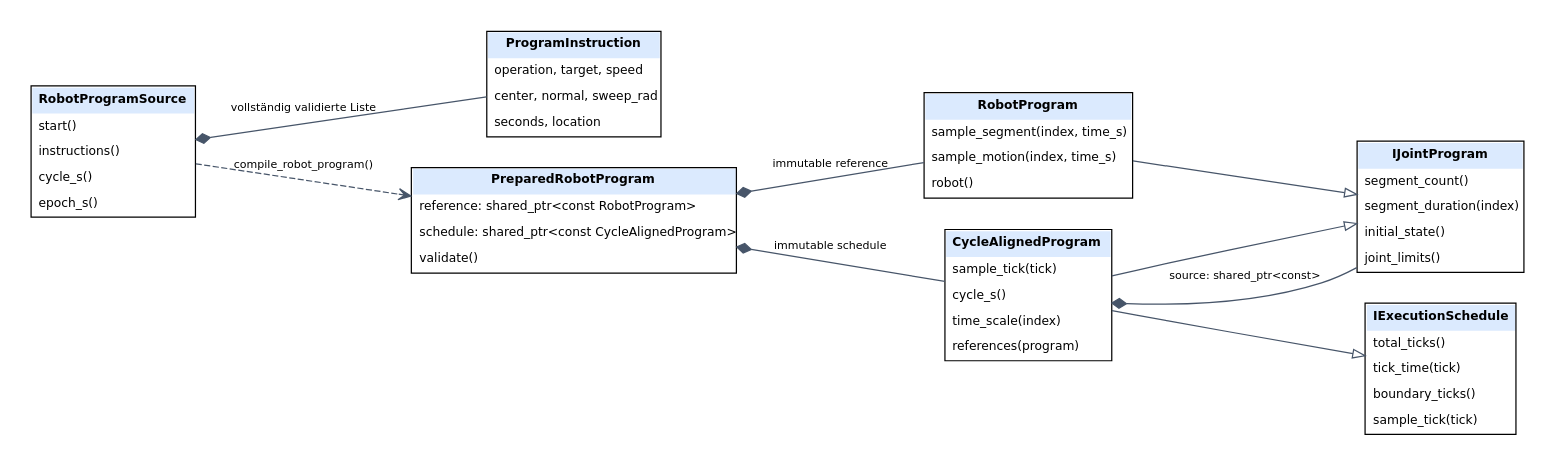
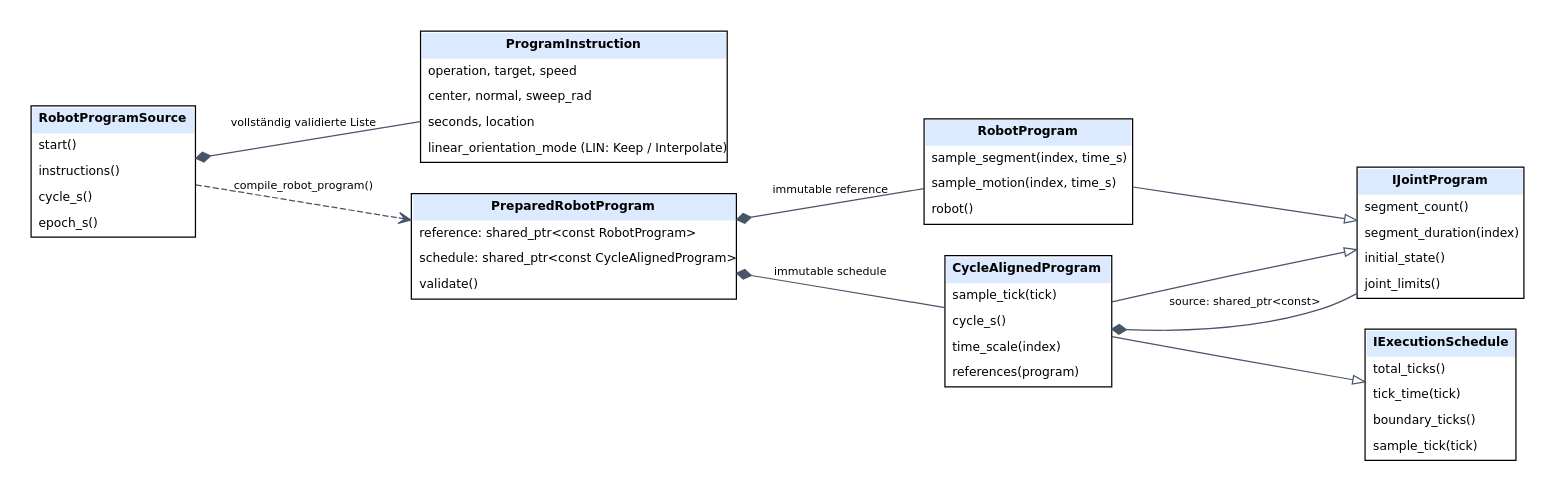
Before and after one commit to cpr-jar/Robotmotionplanning: the diagram in docs/architecture/diagrams/program.dot, drawn with Graphviz. The commit also changed 42 other files, not shown here.

Commit message:
Keep TCP start orientation during LIN unless interpolation is explicit

```diff
--- a/docs/architecture/diagrams/program.dot
+++ b/docs/architecture/diagrams/program.dot
@@ -1,20 +1,20 @@
 digraph uml {
 graph [rankdir=LR, bgcolor="white", pad="0.25", nodesep="0.35", ranksep="0.8"];
 node [shape=plain, fontname="DejaVu Sans", fontsize=10];
 edge [fontname="DejaVu Sans", fontsize=9, color="#475569"];
 source [label=<<TABLE BORDER="1" CELLBORDER="0" CELLSPACING="0" CELLPADDING="5"><TR><TD BGCOLOR="#dbeafe"><B>RobotProgramSource</B></TD></TR><TR><TD ALIGN="LEFT">start()</TD></TR><TR><TD ALIGN="LEFT">instructions()</TD></TR><TR><TD ALIGN="LEFT">cycle_s()</TD></TR><TR><TD ALIGN="LEFT">epoch_s()</TD></TR></TABLE>>];
-instruction [label=<<TABLE BORDER="1" CELLBORDER="0" CELLSPACING="0" CELLPADDING="5"><TR><TD BGCOLOR="#dbeafe"><B>ProgramInstruction</B></TD></TR><TR><TD ALIGN="LEFT">operation, target, speed</TD></TR><TR><TD ALIGN="LEFT">center, normal, sweep_rad</TD></TR><TR><TD ALIGN="LEFT">seconds, location</TD></TR></TABLE>>];
+instruction [label=<<TABLE BORDER="1" CELLBORDER="0" CELLSPACING="0" CELLPADDING="5"><TR><TD BGCOLOR="#dbeafe"><B>ProgramInstruction</B></TD></TR><TR><TD ALIGN="LEFT">operation, target, speed</TD></TR><TR><TD ALIGN="LEFT">center, normal, sweep_rad</TD></TR><TR><TD ALIGN="LEFT">seconds, location</TD></TR><TR><TD ALIGN="LEFT">linear_orientation_mode (LIN: Keep / Interpolate)</TD></TR></TABLE>>];
 prepared [label=<<TABLE BORDER="1" CELLBORDER="0" CELLSPACING="0" CELLPADDING="5"><TR><TD BGCOLOR="#dbeafe"><B>PreparedRobotProgram</B></TD></TR><TR><TD ALIGN="LEFT">reference: shared_ptr&lt;const RobotProgram&gt;</TD></TR><TR><TD ALIGN="LEFT">schedule: shared_ptr&lt;const CycleAlignedProgram&gt;</TD></TR><TR><TD ALIGN="LEFT">validate()</TD></TR></TABLE>>];
 program [label=<<TABLE BORDER="1" CELLBORDER="0" CELLSPACING="0" CELLPADDING="5"><TR><TD BGCOLOR="#dbeafe"><B>RobotProgram</B></TD></TR><TR><TD ALIGN="LEFT">sample_segment(index, time_s)</TD></TR><TR><TD ALIGN="LEFT">sample_motion(index, time_s)</TD></TR><TR><TD ALIGN="LEFT">robot()</TD></TR></TABLE>>];
 joint [label=<<TABLE BORDER="1" CELLBORDER="0" CELLSPACING="0" CELLPADDING="5"><TR><TD BGCOLOR="#dbeafe"><B>IJointProgram</B></TD></TR><TR><TD ALIGN="LEFT">segment_count()</TD></TR><TR><TD ALIGN="LEFT">segment_duration(index)</TD></TR><TR><TD ALIGN="LEFT">initial_state()</TD></TR><TR><TD ALIGN="LEFT">joint_limits()</TD></TR></TABLE>>];
 grid [label=<<TABLE BORDER="1" CELLBORDER="0" CELLSPACING="0" CELLPADDING="5"><TR><TD BGCOLOR="#dbeafe"><B>CycleAlignedProgram</B></TD></TR><TR><TD ALIGN="LEFT">sample_tick(tick)</TD></TR><TR><TD ALIGN="LEFT">cycle_s()</TD></TR><TR><TD ALIGN="LEFT">time_scale(index)</TD></TR><TR><TD ALIGN="LEFT">references(program)</TD></TR></TABLE>>];
 schedule [label=<<TABLE BORDER="1" CELLBORDER="0" CELLSPACING="0" CELLPADDING="5"><TR><TD BGCOLOR="#dbeafe"><B>IExecutionSchedule</B></TD></TR><TR><TD ALIGN="LEFT">total_ticks()</TD></TR><TR><TD ALIGN="LEFT">tick_time(tick)</TD></TR><TR><TD ALIGN="LEFT">boundary_ticks()</TD></TR><TR><TD ALIGN="LEFT">sample_tick(tick)</TD></TR></TABLE>>];
 source -> instruction [dir=both, arrowtail=diamond, arrowhead=none, label="vollständig validierte Liste"];
 source -> prepared [style=dashed, arrowhead=vee, label="compile_robot_program()"];
 prepared -> program [dir=both, arrowtail=diamond, arrowhead=none, label="immutable reference"];
 prepared -> grid [dir=both, arrowtail=diamond, arrowhead=none, label="immutable schedule"];
 program -> joint [arrowhead=empty, label=""];
 grid -> joint [arrowhead=empty, label=""];
 grid -> schedule [arrowhead=empty, label=""];
 grid -> joint [dir=both, arrowtail=diamond, arrowhead=none, label="source: shared_ptr<const>"];
 }
```
